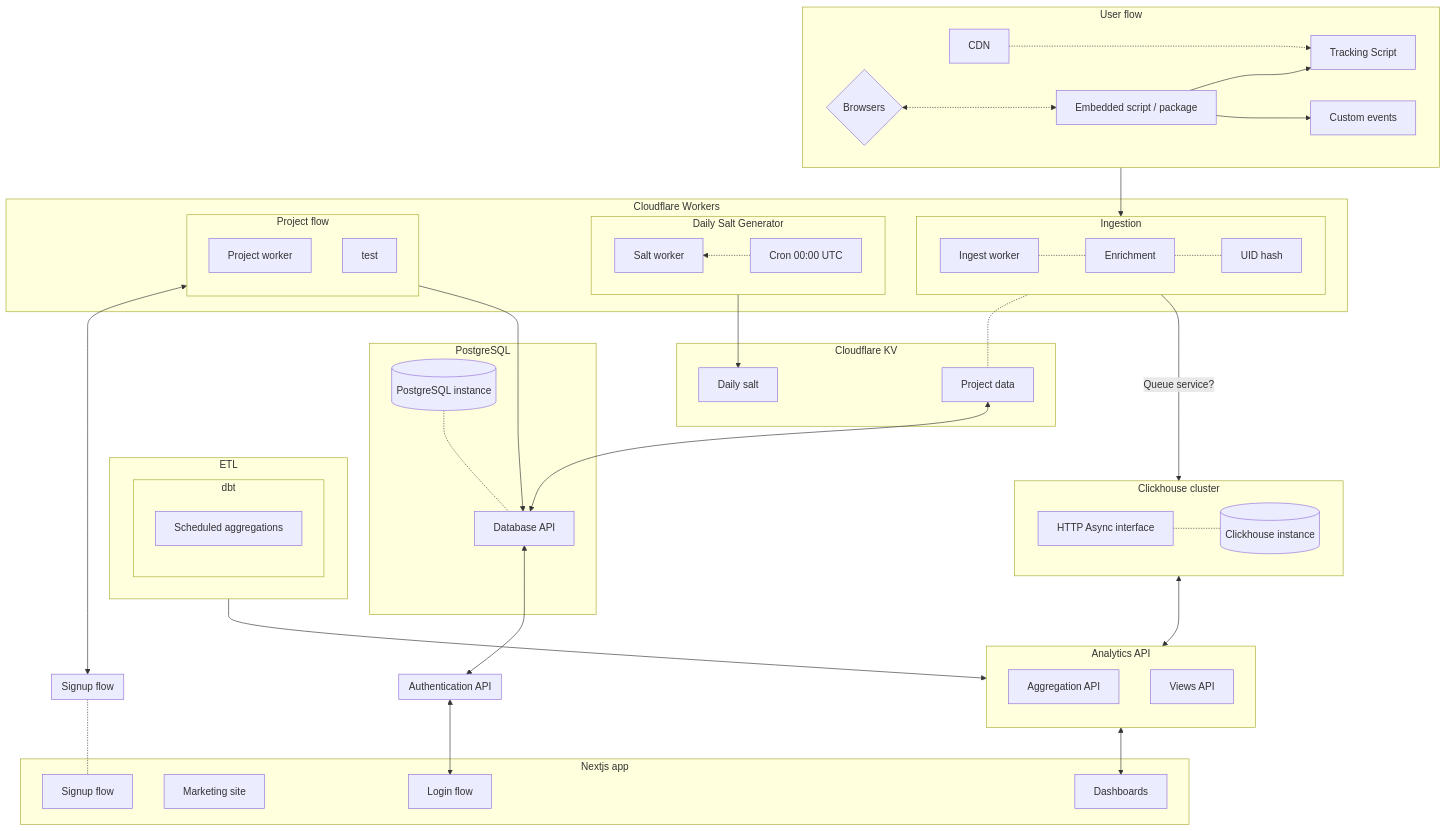
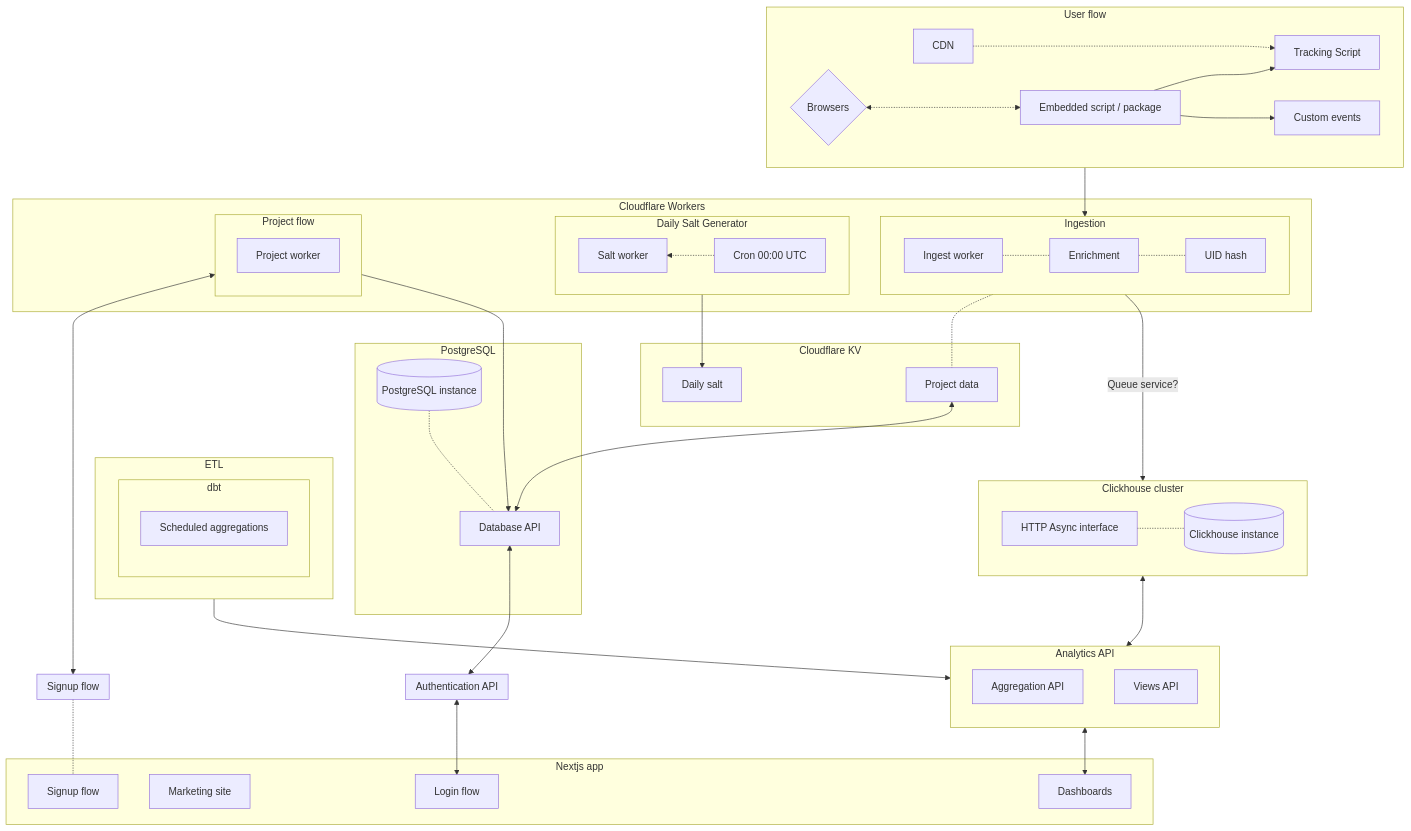
Before and after one commit to JGynther/analytics: the diagram in docs/architecture.md, drawn with Mermaid.

Commit message:
fix: remove test

```diff
--- a/docs/architecture.md
+++ b/docs/architecture.md
@@ -32,7 +32,6 @@
         subgraph projectflow[Project flow]
             direction TB
             projectworker[Project worker]
-            test
         end
     end
 
```
